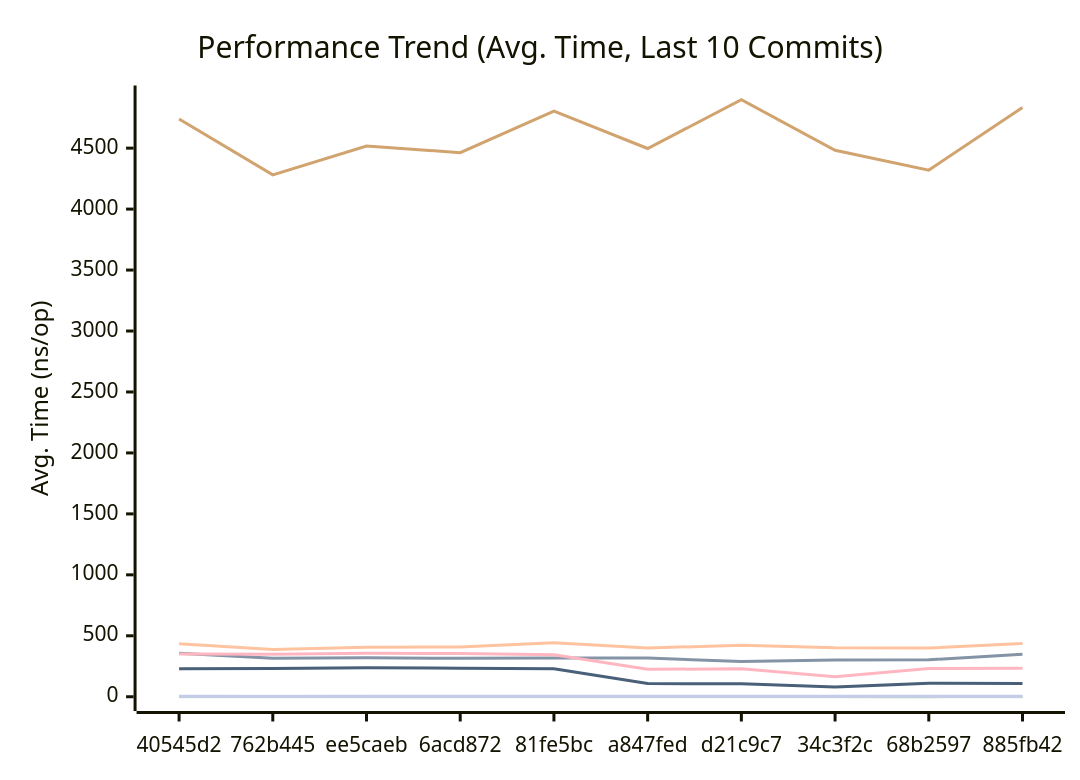
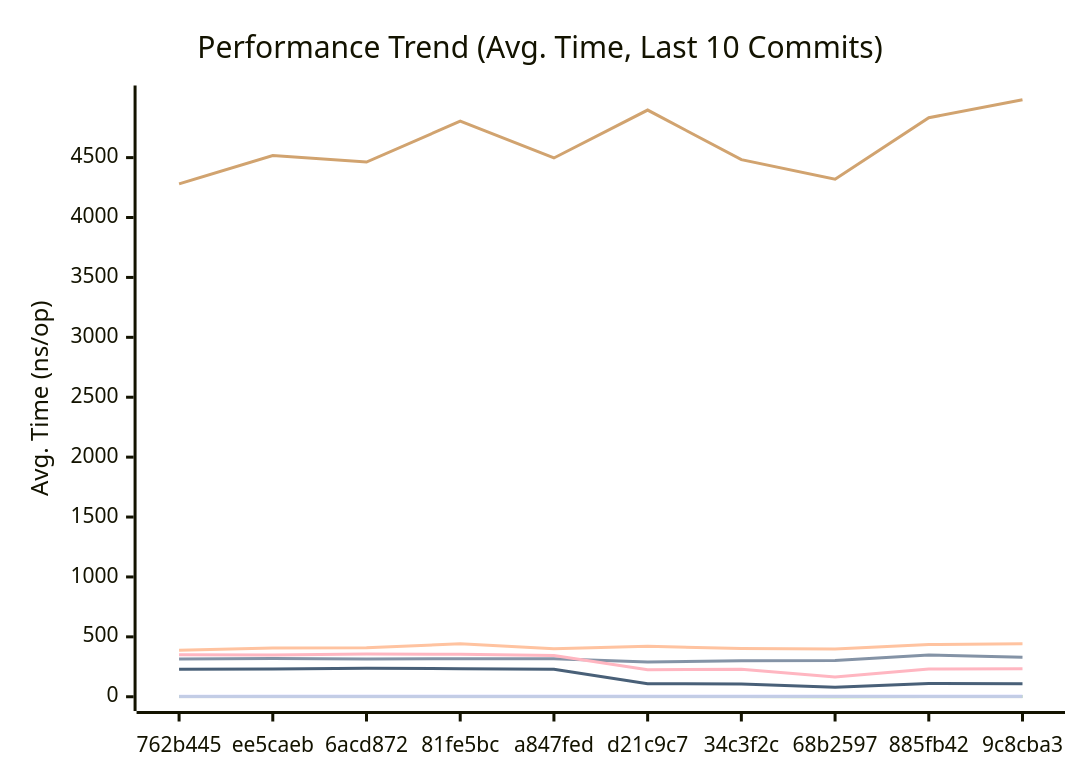
One commit to alsotoes/momo changed the first of 3 diagrams in docs/PERFORMANCE.md. Above: the diagram before and after it, drawn with Mermaid. The commit also changed other lines of this file and 2 other files, not shown here.

````diff
--- a/docs/PERFORMANCE.md
+++ b/docs/PERFORMANCE.md
@@ -80,16 +80,16 @@
 ```mermaid
 xychart-beta
     title "Performance Trend (Avg. Time, Last 10 Commits)"
     x-axis "Commit"
     y-axis "Avg. Time (ns/op)"
-    x-axis [40545d2,762b445,ee5caeb,6acd872,81fe5bc,a847fed,d21c9c7,34c3f2c,68b2597,885fb42]
-    line "CheckMetricsAndSwap" [9,7,8,8,9,8,9,9,8,9]
-    line "CrushOptimized" [356,316,320,315,318,317,290,301,303,349]
-    line "CrushOriginal" [434,388,406,408,443,400,422,402,399,436]
+    x-axis [762b445,ee5caeb,6acd872,81fe5bc,a847fed,d21c9c7,34c3f2c,68b2597,885fb42,9c8cba3]
+    line "CheckMetricsAndSwap" [7,8,8,9,8,9,9,8,9,9]
+    line "CrushOptimized" [316,320,315,318,317,290,301,303,349,330]
+    line "CrushOriginal" [388,406,408,443,400,422,402,399,436,442]
     line "IndexDirectTracking" [0,0,0,0,0,0,0,0,0,0]
-    line "IndexSearch" [2,2,2,2,2,2,2,2,1,2]
-    line "LoadGlobalConfig" [4739,4281,4517,4463,4804,4497,4897,4483,4320,4833]
+    line "IndexSearch" [2,2,2,2,2,2,2,1,2,2]
+    line "LoadGlobalConfig" [4281,4517,4463,4804,4497,4897,4483,4320,4833,4983]
     line "PadString" [2,2,2,2,2,2,2,2,2,2]
     line "ParseReplicationOrder_NoPrealloc" [350,349,357,354,345,225,229,165,232,234]
     line "ParseReplicationOrder_Prealloc" [229,231,237,234,229,108,107,80,110,109]
 ```
````
